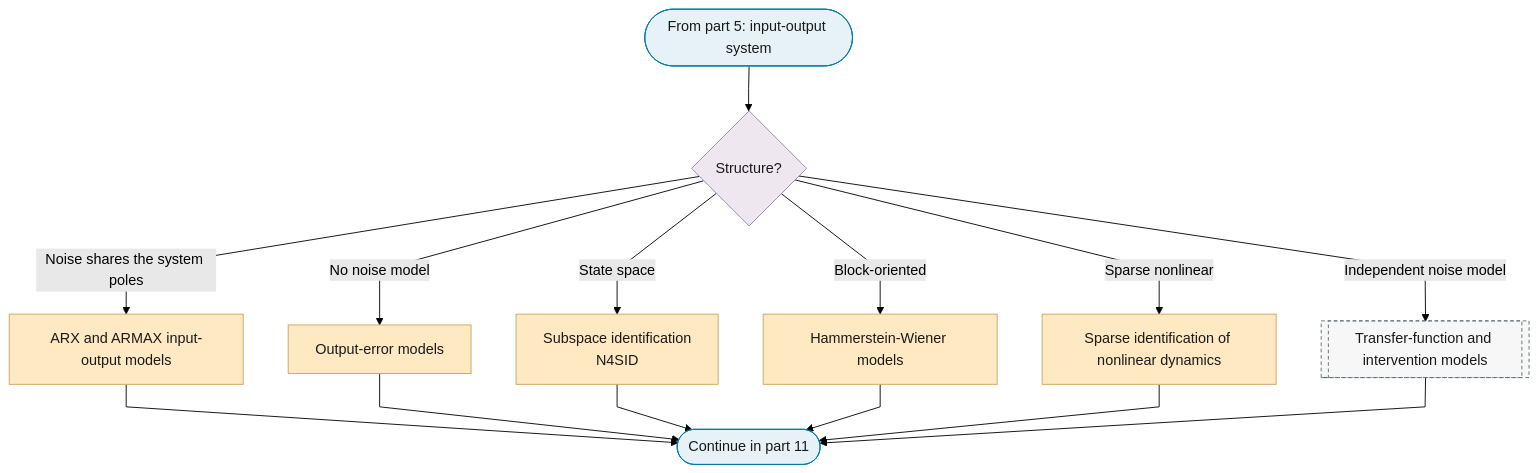
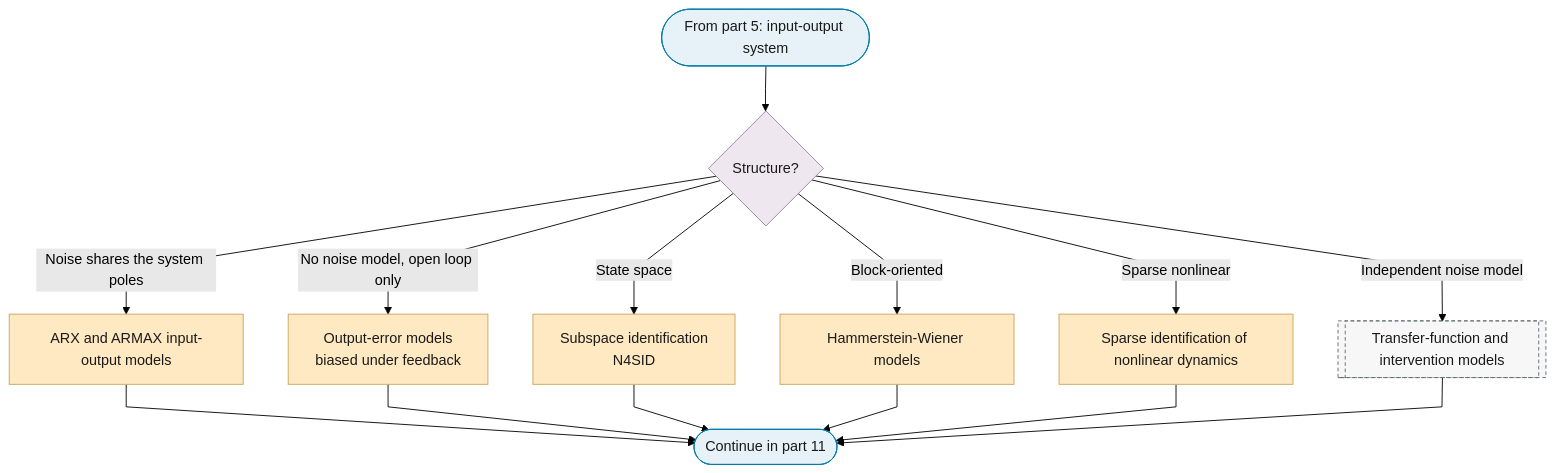
The eighth of 12 diagrams in docs/01-workflow/p06-mean-model-class.md (Shuxin-Y/time-series-analysis-manual), drawn with Mermaid (forest theme) before and after one commit. The commit also changed 1 other file, not shown here.

Commit message:
fix(sysid): closed-loop data use the reference signal and no output-error model
Under feedback the open-loop transfer-function estimate is biased and an
output-error model is inconsistent with the direct method; the
nonparametric step uses the spectral ratio against the reference signal
and output-error models are offered for open loop only.

````diff
--- a/docs/01-workflow/p06-mean-model-class.md
+++ b/docs/01-workflow/p06-mean-model-class.md
@@ -212,24 +212,24 @@
 ```mermaid
 %%{init: {"flowchart": {"curve": "linear"}}}%%
 graph TD
     P6_PART_8_IN(["From part 5: input-output system"]) --> P6_IO_STRUCTURE{"Structure?"}
     P6_IO_STRUCTURE -->|"Noise shares the system poles"| P6_ARX_ARMAX["ARX and ARMAX input-output models"]
     P6_IO_STRUCTURE -->|"State space"| P6_SUBSPACE["Subspace identification<br/>N4SID"]
     P6_IO_STRUCTURE -->|"Block-oriented"| P6_HAMMERSTEIN_WIENER["Hammerstein-Wiener models"]
     P6_IO_STRUCTURE -->|"Sparse nonlinear"| P6_SINDY["Sparse identification of nonlinear dynamics"]
     P6_IO_STRUCTURE -->|"Independent noise model"| P6_TRANSFER_FUNCTION[["Transfer-function and intervention models"]]
-    P6_IO_STRUCTURE -->|"No noise model"| P6_OUTPUT_ERROR["Output-error models"]
+    P6_IO_STRUCTURE -->|"No noise model, open loop only"| P6_OUTPUT_ERROR["Output-error models<br/>biased under feedback"]
     P6_ARX_ARMAX & P6_OUTPUT_ERROR & P6_SUBSPACE & P6_HAMMERSTEIN_WIENER & P6_SINDY & P6_TRANSFER_FUNCTION --> P6_PART_8_OUT(["Continue in part 11"])
     class P6_ARX_ARMAX,P6_OUTPUT_ERROR,P6_SUBSPACE,P6_HAMMERSTEIN_WIENER,P6_SINDY escalate
     class P6_PART_8_IN,P6_PART_8_OUT terminator
     class P6_IO_STRUCTURE decision
     class P6_TRANSFER_FUNCTION ref
     classDef terminator fill:#E6F2F7,stroke:#007BA7,color:#1A1A1A;
     classDef process fill:#FFFFFF,stroke:#5A6B73,color:#1A1A1A;
     classDef decision fill:#EFE7F0,stroke:#9B7FA7,color:#1A1A1A;
     classDef data fill:#FFF4E0,stroke:#C9A55E,color:#1A1A1A;
     classDef good fill:#DCEFD8,stroke:#4A7A3F,color:#1A1A1A;
     classDef escalate fill:#FFE9C2,stroke:#C9A55E,color:#1A1A1A;
     classDef problem fill:#F2D9DE,stroke:#800020,color:#1A1A1A;
     classDef ref fill:#F7F7F7,stroke:#5A6B73,color:#1A1A1A,stroke-dasharray:4 3;
 ```
````
